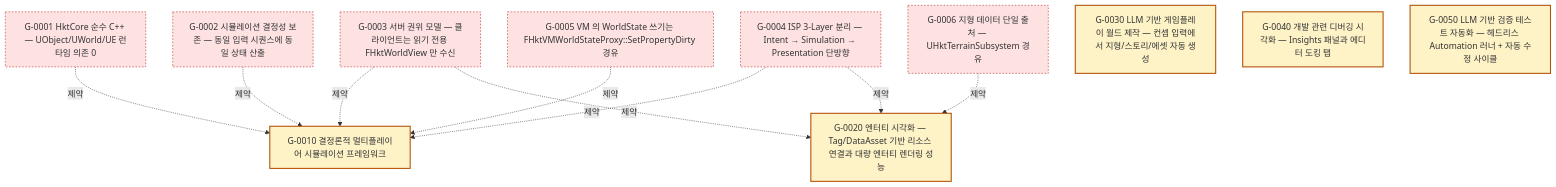
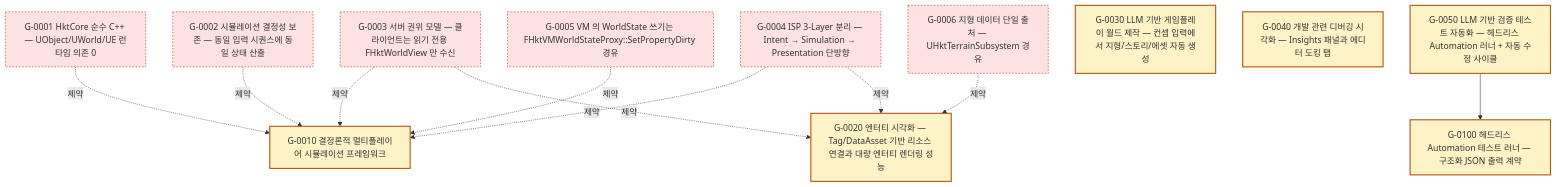
Before and after one commit to dkwkekzz/HktFramework: the diagram in Docs/goals/graph.mmd, drawn with Mermaid. The commit also changed 4 other files, not shown here.

First line of the commit message:
feat(goal-system): G-0100 시스템 goal 추가 — 헤드리스 러너 JSON 출력 계약

```diff
--- a/Docs/goals/graph.mmd
+++ b/Docs/goals/graph.mmd
@@ -1,23 +1,25 @@
-%% 자동 생성 — 직접 수정 금지. Last generated: 2026-05-06T04:22:28+00:00
+%% 자동 생성 — 직접 수정 금지. Last generated: 2026-05-06T06:14:08+00:00
 graph TD
   G0001["G-0001 HktCore 순수 C++ — UObject/UWorld/UE 런타임 의존 0"]:::constraint
   G0002["G-0002 시뮬레이션 결정성 보존 — 동일 입력 시퀀스에 동일 상태 산출"]:::constraint
   G0003["G-0003 서버 권위 모델 — 클라이언트는 읽기 전용 FHktWorldView 만 수신"]:::constraint
   G0004["G-0004 ISP 3-Layer 분리 — Intent → Simulation → Presentation 단방향"]:::constraint
   G0005["G-0005 VM 의 WorldState 쓰기는 FHktVMWorldStateProxy::SetPropertyDirty 경유"]:::constraint
   G0006["G-0006 지형 데이터 단일 출처 — UHktTerrainSubsystem 경유"]:::constraint
   G0010["G-0010 결정론적 멀티플레이어 시뮬레이션 프레임워크"]:::pillar
   G0020["G-0020 엔터티 시각화 — Tag/DataAsset 기반 리소스 연결과 대량 엔터티 렌더링 성능"]:::pillar
   G0030["G-0030 LLM 기반 게임플레이 월드 제작 — 컨셉 입력에서 지형/스토리/에셋 자동 생성"]:::pillar
   G0040["G-0040 개발 관련 디버깅 시각화 — Insights 패널과 에디터 도킹 탭"]:::pillar
   G0050["G-0050 LLM 기반 검증 테스트 자동화 — 헤드리스 Automation 러너 + 자동 수정 사이클"]:::pillar
+  G0100["G-0100 헤드리스 Automation 테스트 러너 — 구조화 JSON 출력 계약"]:::pillar
+  G0050 --> G0100
   G0001 -. 제약 .-> G0010
   G0002 -. 제약 .-> G0010
   G0003 -. 제약 .-> G0010
   G0004 -. 제약 .-> G0010
   G0005 -. 제약 .-> G0010
   G0003 -. 제약 .-> G0020
   G0004 -. 제약 .-> G0020
   G0006 -. 제약 .-> G0020
   classDef pillar fill:#fef3c7,stroke:#b45309,stroke-width:2px;
   classDef constraint fill:#fee2e2,stroke:#b91c1c,stroke-width:1px,stroke-dasharray: 3 3;
```
